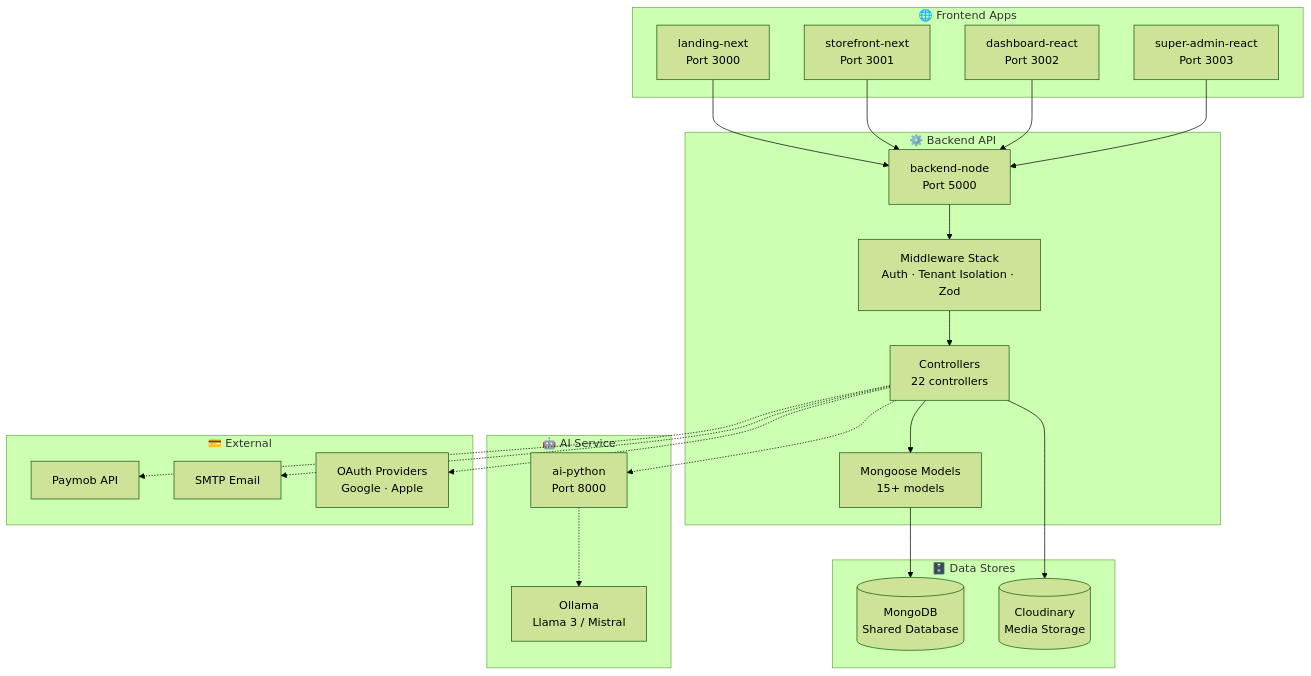
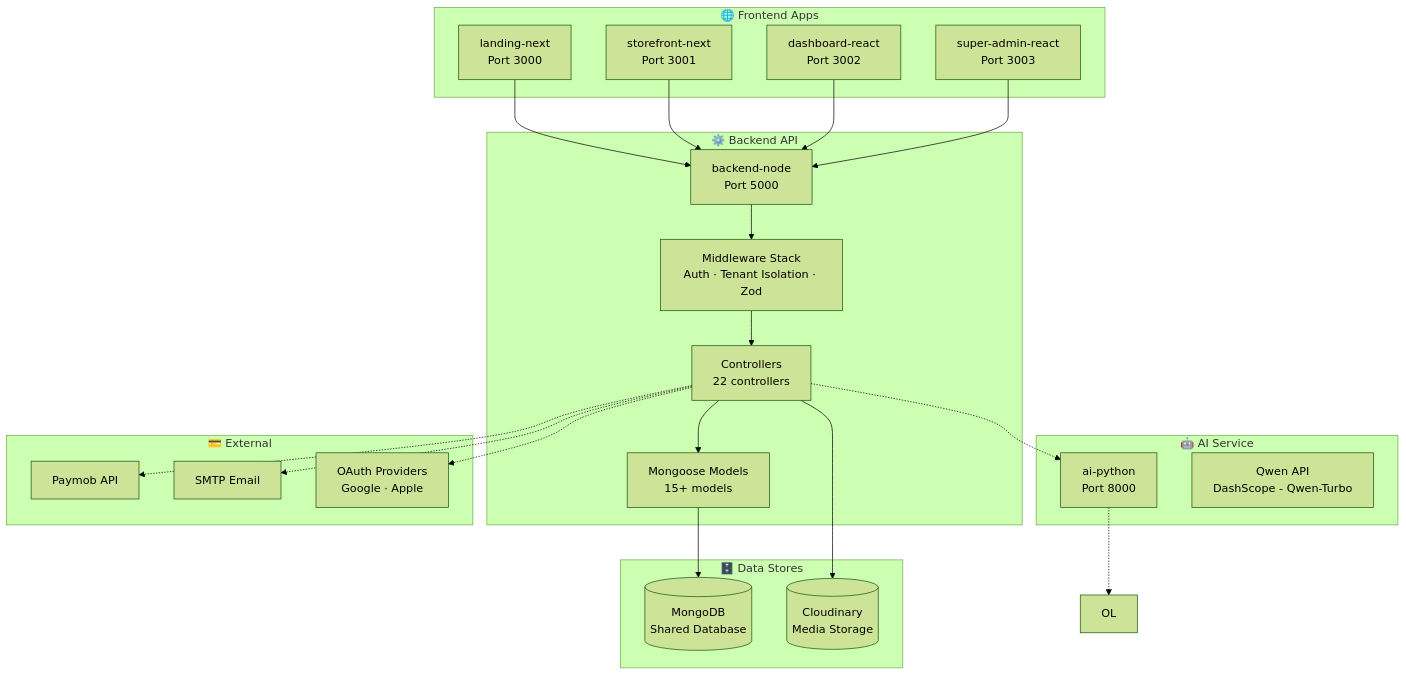
The first of 5 diagrams in PROJECT_DOCUMENTATION.md (salahelden1212/matgarco), drawn with Mermaid (forest theme) before and after one commit. The commit also changed other lines of this file and 106 other files, not shown here.

````diff
--- a/PROJECT_DOCUMENTATION.md
+++ b/PROJECT_DOCUMENTATION.md
@@ -2858,47 +2888,47 @@
 ```mermaid
 graph TB
     subgraph "🌐 Frontend Apps"
         L[landing-next<br/>Port 3000]
         S[storefront-next<br/>Port 3001]
         D[dashboard-react<br/>Port 3002]
         A[super-admin-react<br/>Port 3003]
     end
 
     subgraph "⚙️ Backend API"
         BE[backend-node<br/>Port 5000]
         MW[Middleware Stack<br/>Auth · Tenant Isolation · Zod]
         CT[Controllers<br/>22 controllers]
         MD[Mongoose Models<br/>15+ models]
     end
 
     subgraph "🤖 AI Service"
         PY[ai-python<br/>Port 8000]
-        OL[Ollama<br/>Llama 3 / Mistral]
+        QW[Qwen API<br/>DashScope - Qwen-Turbo]
     end
 
     subgraph "🗄️ Data Stores"
         DB[(MongoDB<br/>Shared Database)]
         CN[(Cloudinary<br/>Media Storage)]
     end
 
     subgraph "💳 External"
         PM[Paymob API]
         EM[SMTP Email]
         OA[OAuth Providers<br/>Google · Apple]
     end
 
     L --> BE
     S --> BE
     D --> BE
     A --> BE
     BE --> MW
     MW --> CT
     CT --> MD
     MD --> DB
     CT --> CN
     CT -.-> PY
     PY -.-> OL
     CT -.-> PM
     CT -.-> EM
     CT -.-> OA
 ```
````
